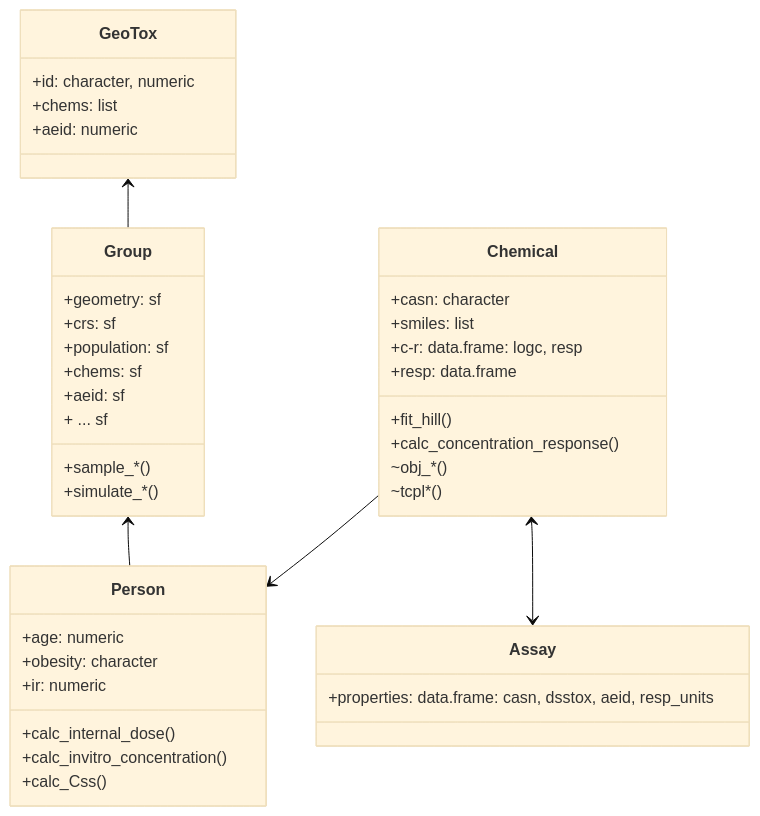
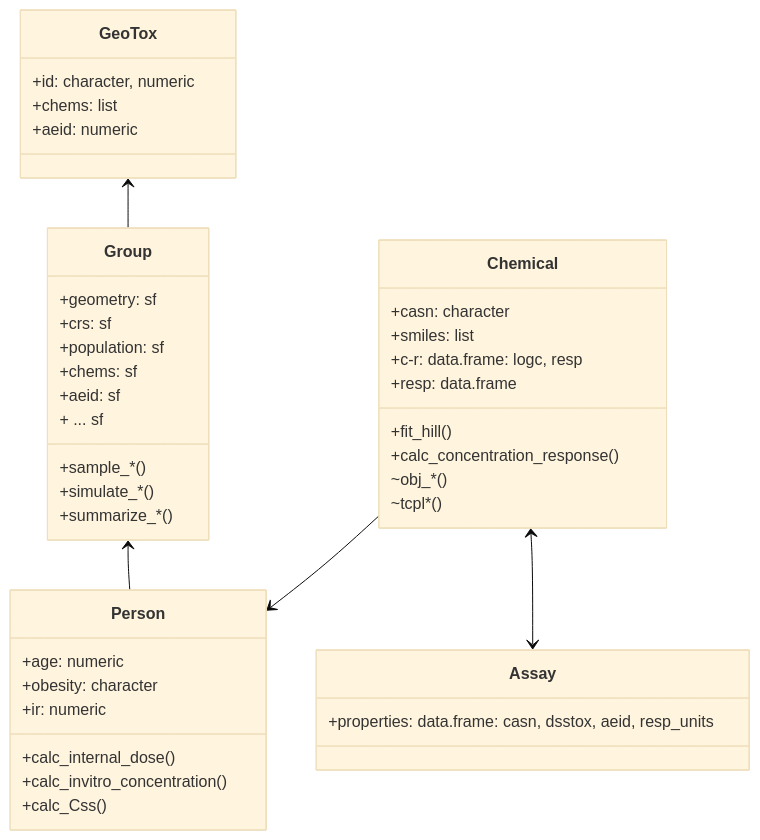
One commit to NIEHS/GeoTox changed the diagram in objects.md. Above: the diagram before and after it, drawn with Mermaid (base theme).

Commit message:
summarize

````diff
--- a/objects.md
+++ b/objects.md
@@ -2,49 +2,50 @@
 ```mermaid
 classDiagram
     class GeoTox {
         +id: character, numeric
         +chems: list
         +aeid: numeric
     }
   
       class Group {
         +geometry: sf
         +crs: sf
         +population: sf
         +chems: sf
         +aeid: sf
         + ...  sf
         +sample_*()
         +simulate_*()
+        +summarize_*()
     }
 
     class Person {
         +age: numeric
         +obesity: character
         +ir: numeric
         +calc_internal_dose()
         +calc_invitro_concentration()
         +calc_Css()
     }
 
     class Chemical {
         +casn: character
         +smiles: list
         +c-r: data.frame: logc, resp
         +resp: data.frame
         +fit_hill()
         +calc_concentration_response()
         ~obj_*()
         ~tcpl*()
     }
 
     class Assay {
         +properties: data.frame: casn, dsstox, aeid, resp_units
     }
 
     GeoTox <-- Group
     Group <-- Person
     Chemical <--> Assay
     Chemical --> Person
 
 ```
````
